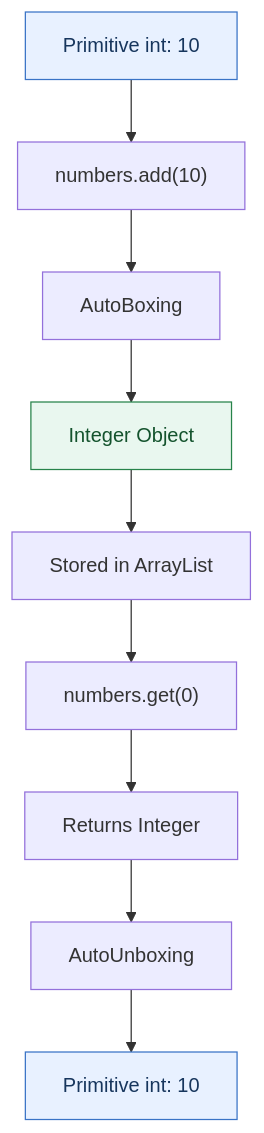
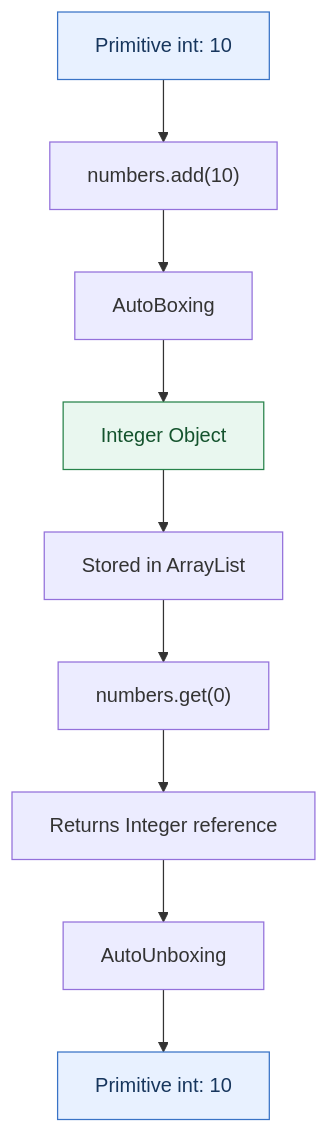
The third of 11 diagrams in src/J08_ObjectOrientedProgramming/L11_AutoBoxingAndPOJOs/README.md (VivekCodes07/TheDSAJournal), drawn with Mermaid before and after one commit. The commit also changed other lines of this file and 19 other files, not shown here.

````diff
--- a/src/J08_ObjectOrientedProgramming/L11_AutoBoxingAndPOJOs/README.md
+++ b/src/J08_ObjectOrientedProgramming/L11_AutoBoxingAndPOJOs/README.md
@@ -542,16 +584,16 @@
 ```mermaid
 flowchart TD
     A["Primitive int: 10"] --> B["numbers.add(10)"]
     B --> C["AutoBoxing"]
     C --> D["Integer Object"]
     D --> E["Stored in ArrayList"]
 
     E --> F["numbers.get(0)"]
-    F --> G["Returns Integer"]
+    F --> G["Returns Integer reference"]
     G --> H["AutoUnboxing"]
     H --> I["Primitive int: 10"]
 
     style A fill:#E8F1FF,stroke:#3973C6,color:#17365D
     style D fill:#E9F7EF,stroke:#27834A,color:#14532D
     style I fill:#E8F1FF,stroke:#3973C6,color:#17365D
 ```
````
